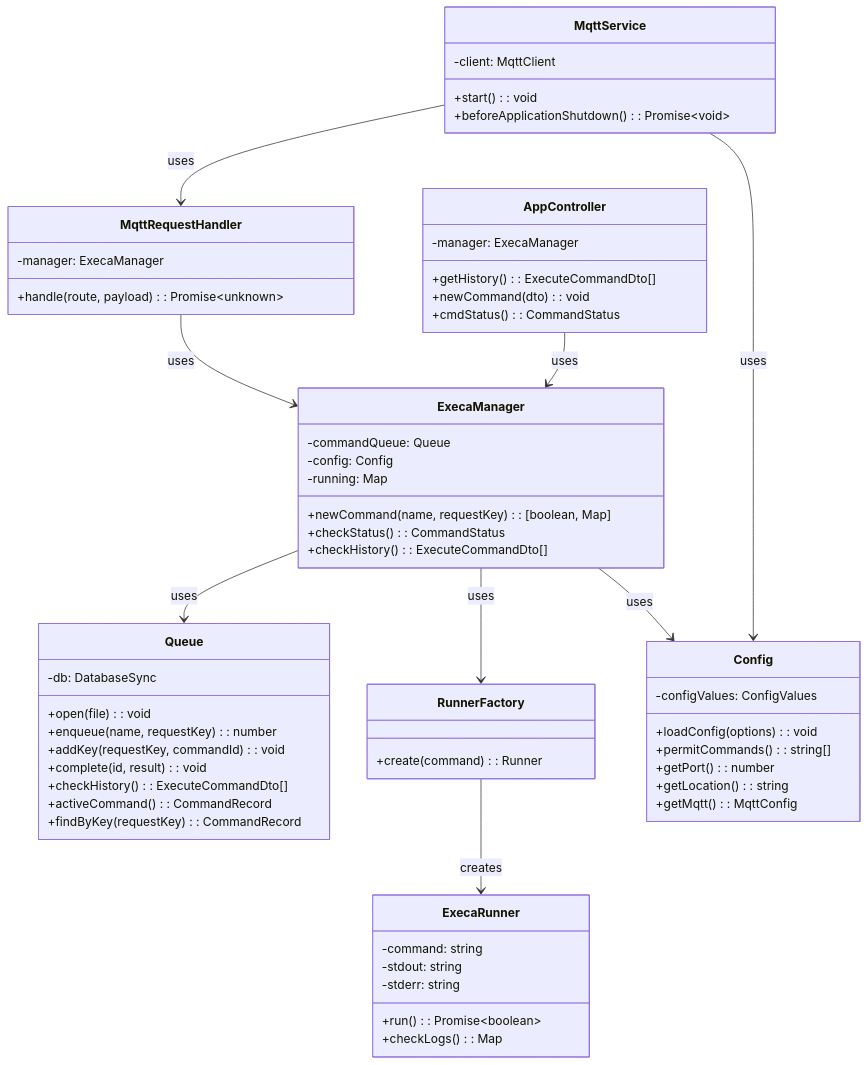
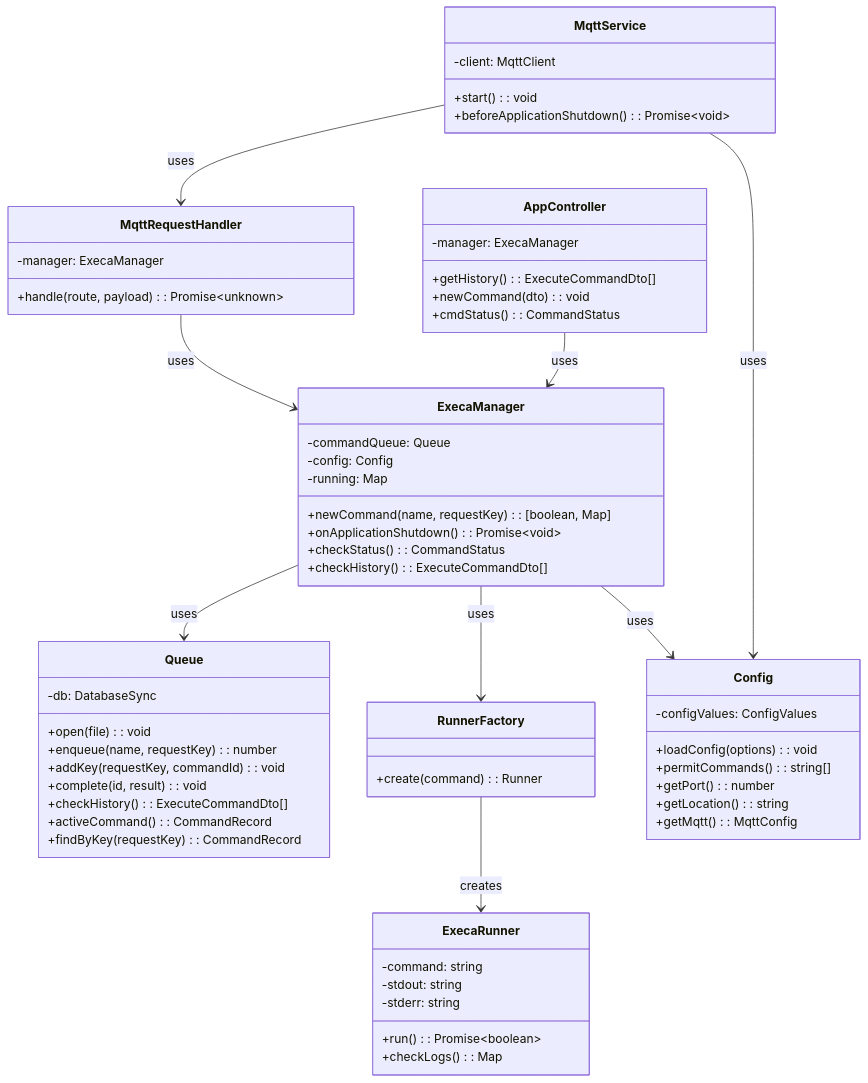
One commit to INTO-CPS-Association/DTaaS changed the diagram in docs/developer/codebase/runner.md. Above: the diagram before and after it, drawn with Mermaid. The commit also changed 3 other files, not shown here.

````diff
--- a/docs/developer/codebase/runner.md
+++ b/docs/developer/codebase/runner.md
@@ -49,70 +49,71 @@
 ```mermaid
 classDiagram
     class AppController {
         -manager: ExecaManager
         +getHistory(): ExecuteCommandDto[]
         +newCommand(dto): void
         +cmdStatus(): CommandStatus
     }
 
     class ExecaManager {
         -commandQueue: Queue
         -config: Config
         -running: Map
         +newCommand(name, requestKey): [boolean, Map]
+        +onApplicationShutdown(): Promise~void~
         +checkStatus(): CommandStatus
         +checkHistory(): ExecuteCommandDto[]
     }
 
     class Queue {
         -db: DatabaseSync
         +open(file): void
         +enqueue(name, requestKey): number
         +addKey(requestKey, commandId): void
         +complete(id, result): void
         +checkHistory(): ExecuteCommandDto[]
         +activeCommand(): CommandRecord
         +findByKey(requestKey): CommandRecord
     }
 
     class RunnerFactory {
         +create(command): Runner
     }
 
     class ExecaRunner {
         -command: string
         -stdout: string
         -stderr: string
         +run(): Promise~boolean~
         +checkLogs(): Map
     }
 
     class Config {
         -configValues: ConfigValues
         +loadConfig(options): void
         +permitCommands(): string[]
         +getPort(): number
         +getLocation(): string
         +getMqtt(): MqttConfig
     }
 
     class MqttService {
         -client: MqttClient
         +start(): void
         +beforeApplicationShutdown(): Promise~void~
     }
 
     class MqttRequestHandler {
         -manager: ExecaManager
         +handle(route, payload): Promise~unknown~
     }
 
     AppController --> ExecaManager : uses
     MqttService --> MqttRequestHandler : uses
     MqttService --> Config : uses
     MqttRequestHandler --> ExecaManager : uses
     ExecaManager --> Queue : uses
     ExecaManager --> Config : uses
     ExecaManager --> RunnerFactory : uses
     RunnerFactory --> ExecaRunner : creates
 ```
````
